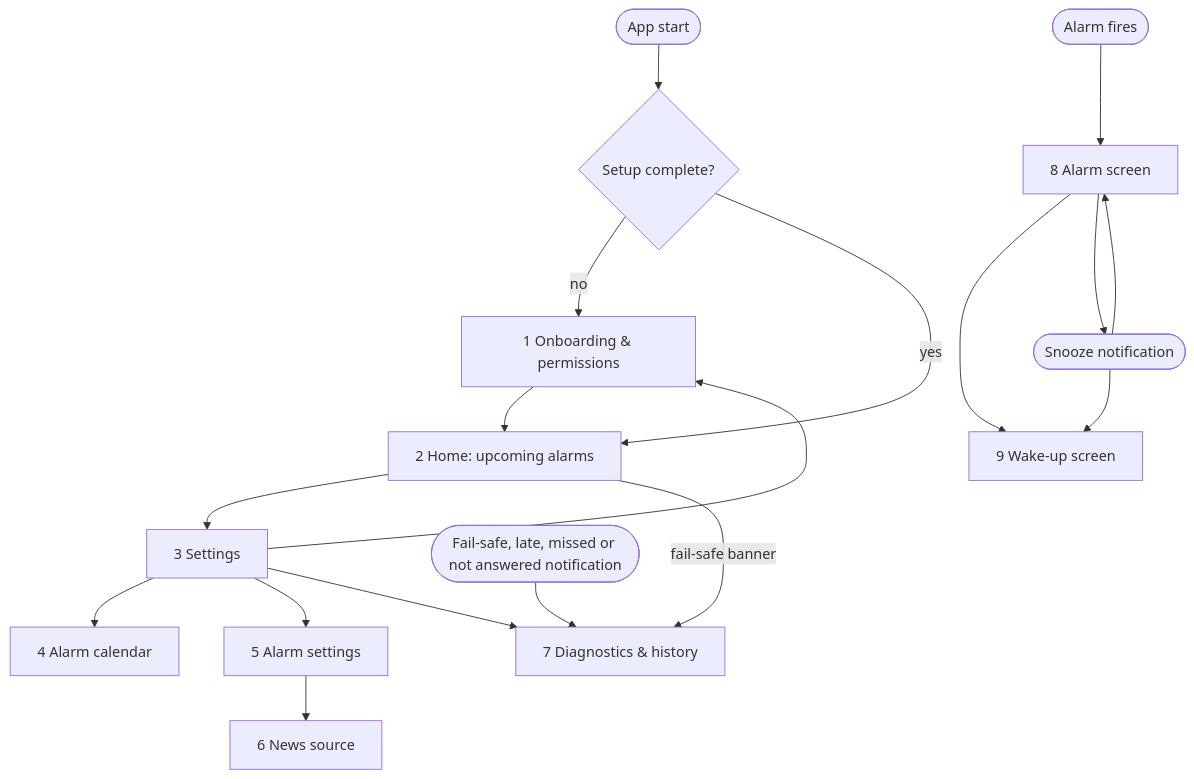
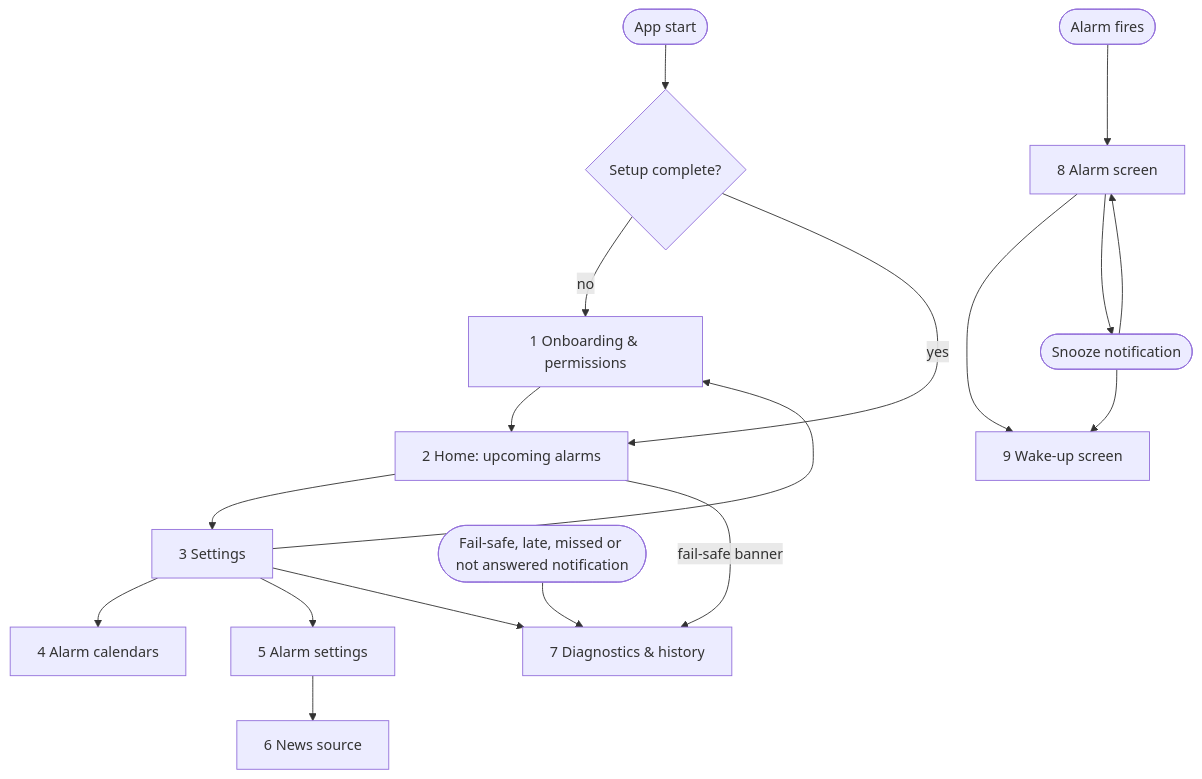
One commit to drehtuer/NextAlarmApp changed the diagram in docs/screens.md. Above: the diagram before and after it, drawn with Mermaid. The commit also changed other lines of this file and 39 other files, not shown here.

First line of the commit message:
Use several alarm calendars instead of one

````diff
--- a/docs/screens.md
+++ b/docs/screens.md
@@ -8,21 +8,21 @@
 ```mermaid
 flowchart TD
     Start([App start]) --> Check{Setup complete?}
     Check -- no --> Onb[1 Onboarding & permissions]
     Check -- yes --> Home[2 Home: upcoming alarms]
     Onb --> Home
     Home --> Settings[3 Settings]
-    Settings --> Cal[4 Alarm calendar]
+    Settings --> Cal[4 Alarm calendars]
     Settings --> AlarmSet[5 Alarm settings]
     AlarmSet --> News[6 News source]
     Settings --> Diag[7 Diagnostics & history]
     Settings --> Onb
     Home -- fail-safe banner --> Diag
     Warn([Fail-safe, late, missed or not answered notification]) --> Diag
 
     Notif([Alarm fires]) --> Alarm[8 Alarm screen]
     Alarm --> Wake[9 Wake-up screen]
     Alarm --> SnoozeN([Snooze notification])
     SnoozeN --> Alarm
     SnoozeN --> Wake
 ```
````
